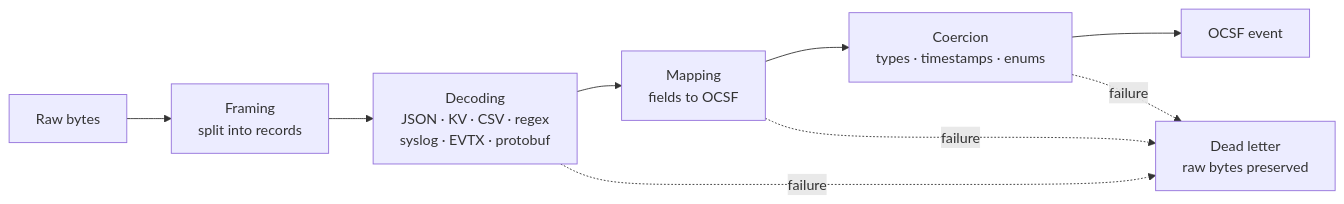
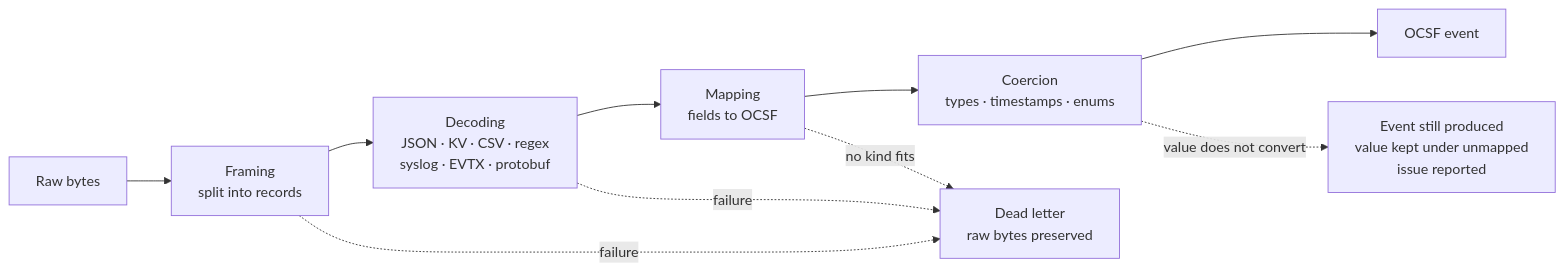
One commit to arelove/goliath-siem changed the diagram in docs/adr/0007-source-and-parser-model.md. Above: the diagram before and after it, drawn with Mermaid. The commit also changed other lines of this file, not shown here.

Commit message:
docs: keep events whose values do not convert, instead of dead-lettering them

````diff
--- a/docs/adr/0007-source-and-parser-model.md
+++ b/docs/adr/0007-source-and-parser-model.md
@@ -19,11 +21,12 @@
 ```mermaid
 flowchart LR
   R["Raw bytes"] --> F["Framing<br/>split into records"]
   F --> D["Decoding<br/>JSON · KV · CSV · regex<br/>syslog · EVTX · protobuf"]
   D --> M["Mapping<br/>fields to OCSF"]
   M --> C["Coercion<br/>types · timestamps · enums"]
   C --> O["OCSF event"]
-  D -.->|failure| X["Dead letter<br/>raw bytes preserved"]
-  M -.->|failure| X
-  C -.->|failure| X
+  F -.->|failure| X["Dead letter<br/>raw bytes preserved"]
+  D -.->|failure| X
+  M -.->|no kind fits| X
+  C -.->|value does not convert| U["Event still produced<br/>value kept under unmapped<br/>issue reported"]
 ```
````
